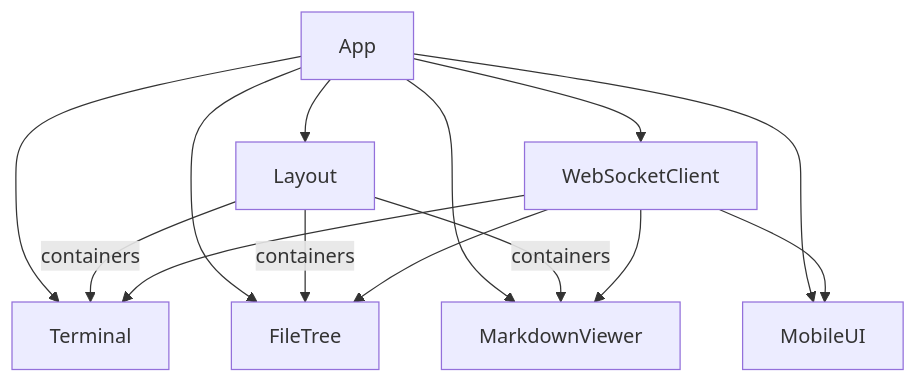
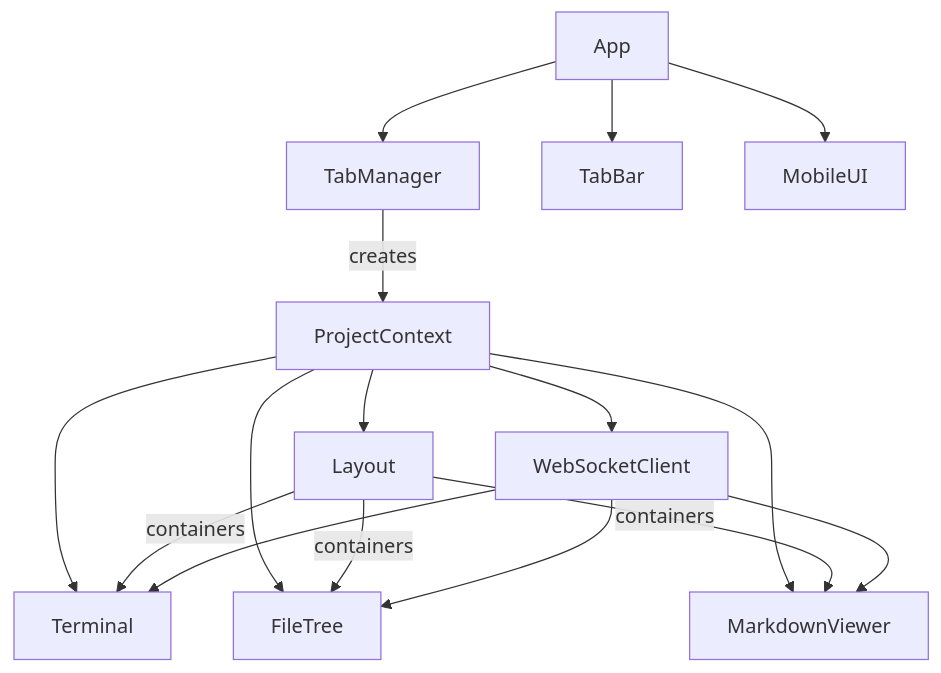
One commit to GTFerguson/cade changed the diagram in docs/technical/core/frontend-architecture.md. Above: the diagram before and after it, drawn with Mermaid. The commit also changed other lines of this file and 3 other files, not shown here.

````diff
--- a/docs/technical/core/frontend-architecture.md
+++ b/docs/technical/core/frontend-architecture.md
@@ -17,18 +17,21 @@
 ```mermaid
 graph TD
-    App[App] --> Layout[Layout]
-    App --> Terminal[Terminal]
-    App --> FileTree[FileTree]
-    App --> MarkdownViewer[MarkdownViewer]
+    App[App] --> TabManager[TabManager]
+    App --> TabBar[TabBar]
     App --> MobileUI[MobileUI]
-    App --> WebSocketClient[WebSocketClient]
+
+    TabManager --> |creates| ProjectContext[ProjectContext]
+    ProjectContext --> Layout[Layout]
+    ProjectContext --> Terminal[Terminal]
+    ProjectContext --> FileTree[FileTree]
+    ProjectContext --> MarkdownViewer[MarkdownViewer]
+    ProjectContext --> WebSocketClient[WebSocketClient]
 
     Layout --> |containers| Terminal
     Layout --> |containers| FileTree
     Layout --> |containers| MarkdownViewer
 
     WebSocketClient --> Terminal
     WebSocketClient --> FileTree
     WebSocketClient --> MarkdownViewer
-    WebSocketClient --> MobileUI
 ```
````
